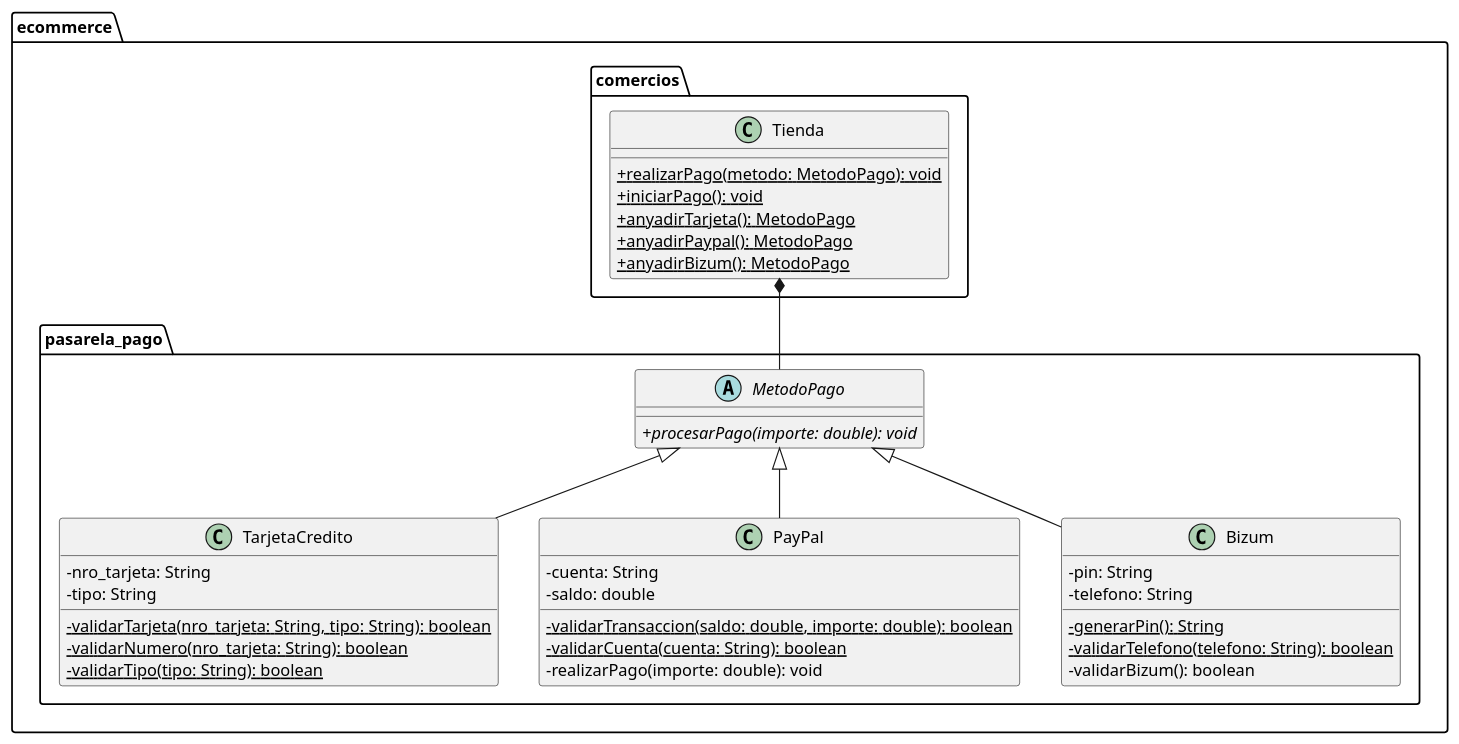
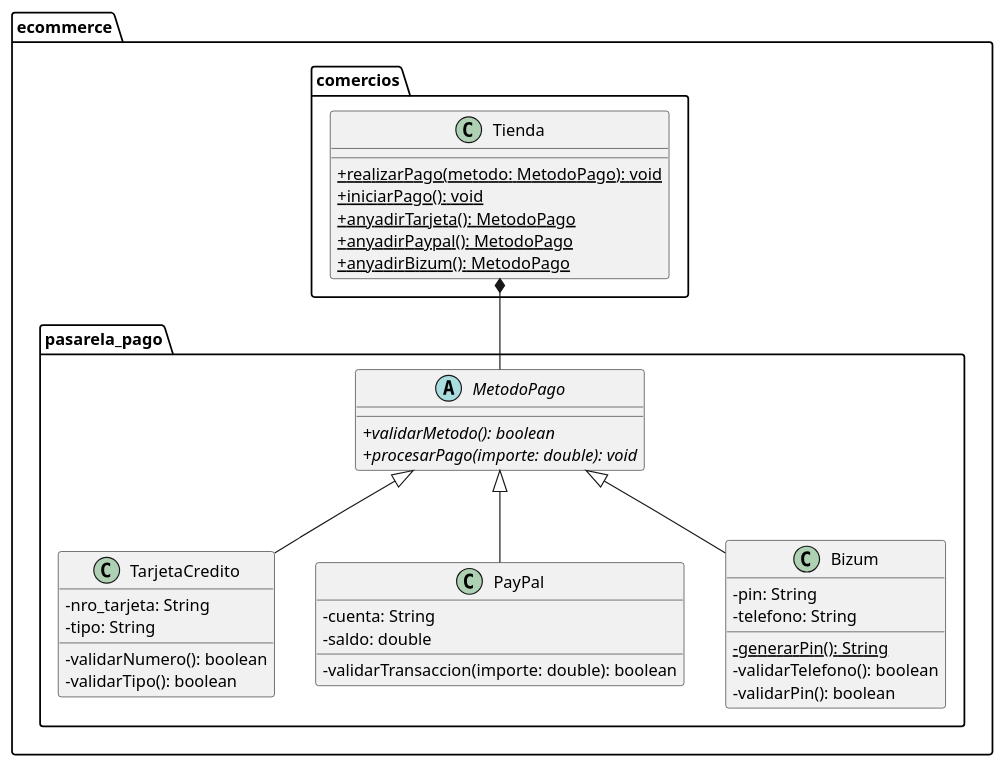
Before and after one commit to Smeagol-chan/Programaci-n-1-DAM: the diagram in EjerciciosUd6_1DAM/Practica1/src/main/java/org/example/Ecommerce.puml, drawn with PlantUML. The commit also changed 15 other files, not shown here.

Commit message:
Corrección del UML y la validación de los atributos y comentarios.

```diff
--- a/EjerciciosUd6_1DAM/Practica1/src/main/java/org/example/Ecommerce.puml
+++ b/EjerciciosUd6_1DAM/Practica1/src/main/java/org/example/Ecommerce.puml
@@ -1,57 +1,55 @@
 @startuml
 skinparam classAttributeIconSize 0
 
 package "ecommerce"
 {
     package "pasarela_pago"
     {
         Abstract Class MetodoPago
         {
+            + {abstract} validarMetodo(): boolean
             + {abstract} procesarPago(importe: double): void
         }
 
         Class TarjetaCredito extends MetodoPago
         {
             - nro_tarjeta: String
             - tipo: String
 
-            - {static} validarTarjeta(nro_tarjeta: String, tipo: String): boolean
-            - {static} validarNumero(nro_tarjeta: String): boolean
-            - {static} validarTipo(tipo: String): boolean
+            - validarNumero(): boolean
+            - validarTipo(): boolean
         }
 
         Class PayPal extends MetodoPago
         {
             - cuenta: String
             - saldo: double
 
-            - {static} validarTransaccion(saldo: double, importe: double): boolean
-            - {static} validarCuenta(cuenta: String): boolean
-            - realizarPago(importe: double): void
+            - validarTransaccion(importe: double): boolean
         }
 
         Class Bizum extends MetodoPago
         {
             - pin: String
             - telefono: String
 
             - {static} generarPin(): String
-            - {static} validarTelefono(telefono: String): boolean
-            - validarBizum(): boolean
+            - validarTelefono(): boolean
+            - validarPin(): boolean
         }
     }
     package "comercios"
     {
         Class Tienda
         {
             + {static} realizarPago(metodo: MetodoPago): void
             + {static} iniciarPago(): void
             + {static} anyadirTarjeta(): MetodoPago
             + {static} anyadirPaypal(): MetodoPago
             + {static} anyadirBizum(): MetodoPago
         }
     }
 
     Tienda *-- MetodoPago
 }
 @enduml
```
